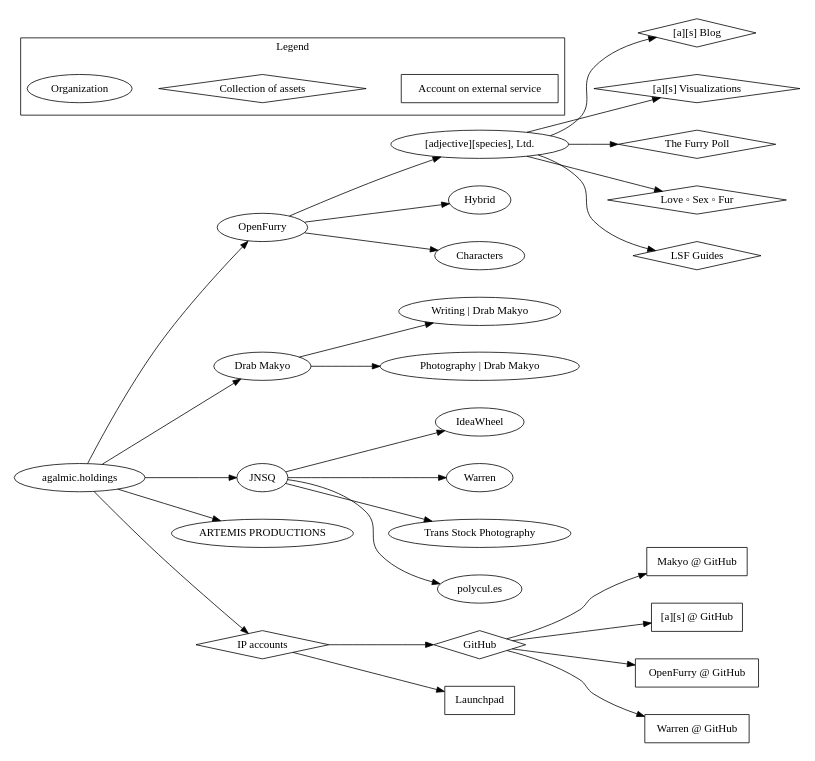
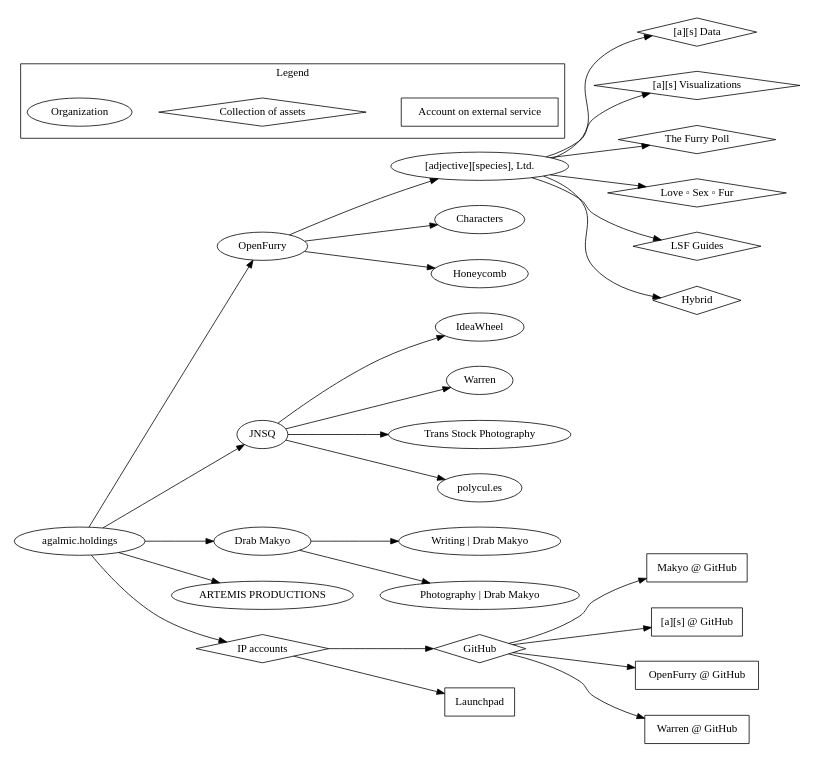
One commit to makyo/agalmic.holdings changed the diagram in assets.dot. Above: the diagram before and after it, drawn with Graphviz. The commit also changed 2 other files, not shown here.

```diff
--- a/assets.dot
+++ b/assets.dot
@@ -1,96 +1,99 @@
 digraph agalmic_holdings {
 	graph [rankdir="LR" size="7.5,7" ratio="fill"]
 	node [fontname="Antykwa Torunska"]
 
 	"agalmic.holdings" [URL="http://agalmic.holdings"]
 
 	"OpenFurry" [URL="http://openfurry.org"]
 	"agalmic.holdings" -> "OpenFurry"
 
 		as [URL="http://adjectivespecies.com" label="[adjective][species], Ltd."]
 		"OpenFurry" -> as
 
-			"[a][s] Blog" [shape="diamond" URL="http://adjectivespecies.com"]
-			as -> "[a][s] Blog"
+			"[a][s] Data" [shape="diamond" URL="http://adjectivespecies.com"]
+			as -> "[a][s] Data"
 
 			"[a][s] Visualizations" [shape="diamond" URL="http://vis.adjectivespecies.com"]
 			as -> "[a][s] Visualizations"
 
 			"The Furry Poll" [shape="diamond" URL="https://furrypoll.com"]
 			as -> "The Furry Poll"
 
 			"Love ◦ Sex ◦ Fur" [shape="diamond" URL="http://lovesexfur.com"]
 			as -> "Love ◦ Sex ◦ Fur"
 
 			"LSF Guides" [shape="diamond" URL="http://guides.lovesexfur.com"]
 			as -> "LSF Guides"
 
-		"Hybrid" [URL="http://hybrid.ink"]
-		"OpenFurry" -> "Hybrid"
+			"Hybrid" [shape="diamond" URL="http://hybrid.ink"]
+			as -> "Hybrid"
 
 		"Characters" [URL="http://characters.openfurry.org"]
 		"OpenFurry" -> "Characters"
+
+		"Honeycomb" [URL="https://honeycomb.cafe"]
+		"OpenFurry" -> "Honeycomb"
+
+		"IdeaWheel" [URL="http://ideas.openfurry.org"]
+		"JNSQ" -> "IdeaWheel"
 
 	"Drab Makyo" [URL="http://drab-makyo.com"]
 	"agalmic.holdings" -> "Drab Makyo"
 
 		"Writing | Drab Makyo" [URL="http://writing.drab-makyo.com"]
 		"Drab Makyo" -> "Writing | Drab Makyo"
 
 		"Photography | Drab Makyo" [URL="http://makyo.photography"]
 		"Drab Makyo" -> "Photography | Drab Makyo"
 
 	"JNSQ" [URL="http://jnsq.us"]
 	"agalmic.holdings" -> "JNSQ"
-
-		"IdeaWheel" [URL="http://ideas.jnsq.us"]
-		"JNSQ" -> "IdeaWheel"
 
 		"Warren" [URL="https://warren.community"]
 		"JNSQ" -> "Warren"
 
 		"Trans Stock Photography" [URL="http://transstock.photography"]
 		"JNSQ" -> "Trans Stock Photography"
 
 		"polycul.es" [URL="http://polycul.es"]
 		"JNSQ" -> "polycul.es"
 
 	"ARTEMIS PRODUCTIONS" [URL="http://artemis.productions"]
 	"agalmic.holdings" -> "ARTEMIS PRODUCTIONS"
 
 	"IP accounts" [shape="diamond"]
 	"agalmic.holdings" -> "IP accounts"
 
 		"GitHub" [shape="diamond"]
 		"IP accounts" -> "GitHub"
 
 			"Makyo @ GitHub" [URL="https://github.com/makyo" shape="rect"]
 			"GitHub" -> "Makyo @ GitHub"
 
 			"[a][s] @ GitHub" [URL="https://github.com/adjspecies" shape="rect"]
 			"GitHub" -> "[a][s] @ GitHub"
 
 			"OpenFurry @ GitHub" [URL="https://github.com/openfurry" shape="rect"]
 			"GitHub" -> "OpenFurry @ GitHub"
 
 			"Warren @ GitHub" [URL="https://github.com/warren-community" shape="rect"]
 			"GitHub" -> "Warren @ GitHub"
 
 		"Launchpad" [URL="https://launchpad.net/~makyo" shape="rect"]
 		"IP accounts" -> "Launchpad"
 
 	subgraph cluster {
 		label = "Legend"
 		ranksep = ".1"
 		rankdir = "LR"
 		edge [style="invis"]
 
 		"Organization"
 
 		"Collection of assets" [shape="diamond"]
 
 		"Account on external service" [shape="rect"]
 
 		"Organization" -> "Collection of assets" -> "Account on external service"
 	}
 }
```
